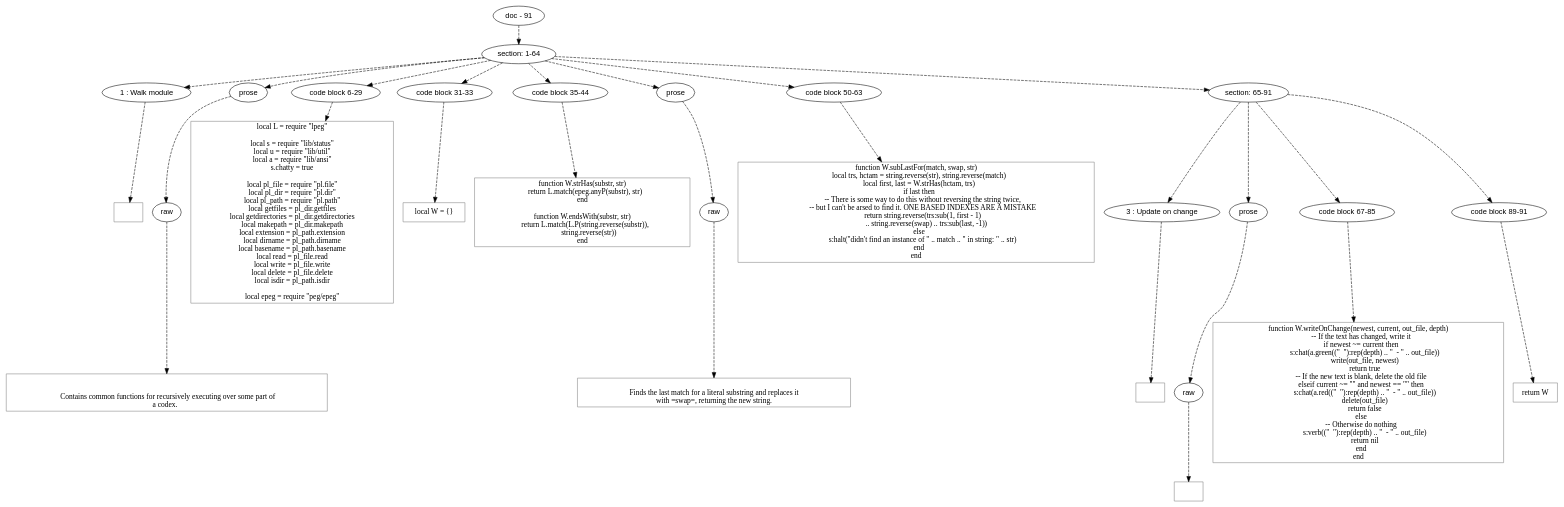
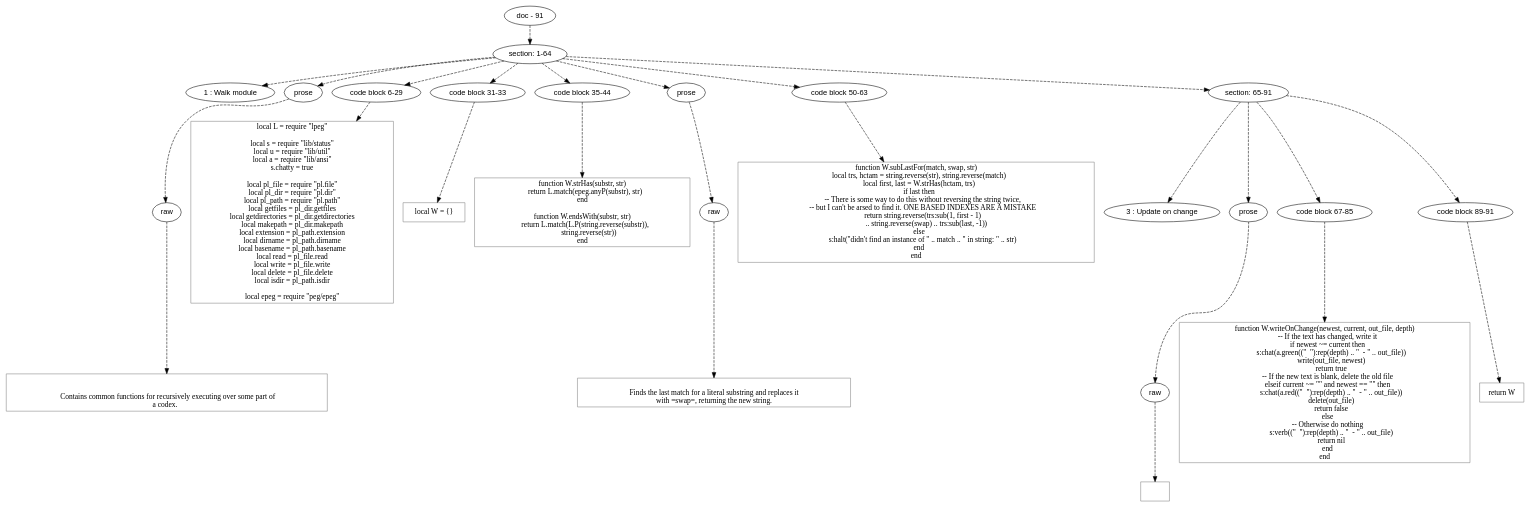
The diagram in doc/dot/walk/walk.dot (mnemnion/orb), drawn with Graphviz before and after one commit. The commit also changed 123 other files, not shown here.

```diff
--- a/doc/dot/walk/walk.dot
+++ b/doc/dot/walk/walk.dot
@@ -1,151 +1,147 @@
 digraph hierarchy {
 
 node [fontname=Helvetica]
 edge [style=dashed]
 
 doc_0 [label="doc - 91"]
 
 
 doc_0 -> { section_1}
 {rank=same; section_1}
 
 section_1 [label="section: 1-64"]
 
 
 section_1 -> { header_2 prose_3 codeblock_4 codeblock_5 codeblock_6 prose_7 codeblock_8 section_9}
 {rank=same; header_2 prose_3 codeblock_4 codeblock_5 codeblock_6 prose_7 codeblock_8 section_9}
 
 header_2 [label="1 : Walk module"]
 
 prose_3 [label="prose"]
 
 codeblock_4 [label="code block 6-29"]
 
 codeblock_5 [label="code block 31-33"]
 
 codeblock_6 [label="code block 35-44"]
 
 prose_7 [label="prose"]
 
 codeblock_8 [label="code block 50-63"]
 
 section_9 [label="section: 65-91"]
 
 
-header_2 -> leaf_10
-leaf_10  [color=Gray,shape=rectangle,fontname=Inconsolata,label=""]
-prose_3 -> { raw_11}
-{rank=same; raw_11}
+prose_3 -> { raw_10}
+{rank=same; raw_10}
 
-raw_11 [label="raw"]
+raw_10 [label="raw"]
 
 
-raw_11 -> leaf_12
-leaf_12  [color=Gray,shape=rectangle,fontname=Inconsolata,label="
+raw_10 -> leaf_11
+leaf_11  [color=Gray,shape=rectangle,fontname=Inconsolata,label="
 
   Contains common functions for recursively executing over some part of
 a codex.  
 "]
-codeblock_4 -> leaf_13
-leaf_13  [color=Gray,shape=rectangle,fontname=Inconsolata,label="local L = require \"lpeg\"
+codeblock_4 -> leaf_12
+leaf_12  [color=Gray,shape=rectangle,fontname=Inconsolata,label="local L = require \"lpeg\"
 
 local s = require \"lib/status\"
 local u = require \"lib/util\"
 local a = require \"lib/ansi\"
 s.chatty = true
 
 local pl_file = require \"pl.file\"
 local pl_dir = require \"pl.dir\"
 local pl_path = require \"pl.path\"
 local getfiles = pl_dir.getfiles
 local getdirectories = pl_dir.getdirectories
 local makepath = pl_dir.makepath
 local extension = pl_path.extension
 local dirname = pl_path.dirname
 local basename = pl_path.basename
 local read = pl_file.read
 local write = pl_file.write
 local delete = pl_file.delete
 local isdir = pl_path.isdir
 
 local epeg = require \"peg/epeg\""]
-codeblock_5 -> leaf_14
-leaf_14  [color=Gray,shape=rectangle,fontname=Inconsolata,label="local W = {}"]
-codeblock_6 -> leaf_15
-leaf_15  [color=Gray,shape=rectangle,fontname=Inconsolata,label="function W.strHas(substr, str)
+codeblock_5 -> leaf_13
+leaf_13  [color=Gray,shape=rectangle,fontname=Inconsolata,label="local W = {}"]
+codeblock_6 -> leaf_14
+leaf_14  [color=Gray,shape=rectangle,fontname=Inconsolata,label="function W.strHas(substr, str)
     return L.match(epeg.anyP(substr), str)
 end
 
 function W.endsWith(substr, str)
     return L.match(L.P(string.reverse(substr)),
         string.reverse(str))
 end"]
-prose_7 -> { raw_16}
-{rank=same; raw_16}
+prose_7 -> { raw_15}
+{rank=same; raw_15}
 
-raw_16 [label="raw"]
+raw_15 [label="raw"]
 
 
-raw_16 -> leaf_17
-leaf_17  [color=Gray,shape=rectangle,fontname=Inconsolata,label="
+raw_15 -> leaf_16
+leaf_16  [color=Gray,shape=rectangle,fontname=Inconsolata,label="
 Finds the last match for a literal substring and replaces it
 with =swap=, returning the new string.
 "]
-codeblock_8 -> leaf_18
-leaf_18  [color=Gray,shape=rectangle,fontname=Inconsolata,label="function W.subLastFor(match, swap, str)
+codeblock_8 -> leaf_17
+leaf_17  [color=Gray,shape=rectangle,fontname=Inconsolata,label="function W.subLastFor(match, swap, str)
     local trs, hctam = string.reverse(str), string.reverse(match)
     local first, last = W.strHas(hctam, trs)
     if last then
         -- There is some way to do this without reversing the string twice,
         -- but I can't be arsed to find it. ONE BASED INDEXES ARE A MISTAKE
         return string.reverse(trs:sub(1, first - 1) 
             .. string.reverse(swap) .. trs:sub(last, -1))
     else
         s:halt(\"didn't find an instance of \" .. match .. \" in string: \" .. str)
     end 
 end"]
-section_9 -> { header_19 prose_20 codeblock_21 codeblock_22}
-{rank=same; header_19 prose_20 codeblock_21 codeblock_22}
+section_9 -> { header_18 prose_19 codeblock_20 codeblock_21}
+{rank=same; header_18 prose_19 codeblock_20 codeblock_21}
 
-header_19 [label="3 : Update on change"]
+header_18 [label="3 : Update on change"]
 
-prose_20 [label="prose"]
+prose_19 [label="prose"]
 
-codeblock_21 [label="code block 67-85"]
+codeblock_20 [label="code block 67-85"]
 
-codeblock_22 [label="code block 89-91"]
+codeblock_21 [label="code block 89-91"]
 
 
-header_19 -> leaf_23
-leaf_23  [color=Gray,shape=rectangle,fontname=Inconsolata,label=""]
-prose_20 -> { raw_24}
-{rank=same; raw_24}
+prose_19 -> { raw_22}
+{rank=same; raw_22}
 
-raw_24 [label="raw"]
+raw_22 [label="raw"]
 
 
-raw_24 -> leaf_25
-leaf_25  [color=Gray,shape=rectangle,fontname=Inconsolata,label="
+raw_22 -> leaf_23
+leaf_23  [color=Gray,shape=rectangle,fontname=Inconsolata,label="
 "]
-codeblock_21 -> leaf_26
-leaf_26  [color=Gray,shape=rectangle,fontname=Inconsolata,label="function W.writeOnChange(newest, current, out_file, depth)
+codeblock_20 -> leaf_24
+leaf_24  [color=Gray,shape=rectangle,fontname=Inconsolata,label="function W.writeOnChange(newest, current, out_file, depth)
     -- If the text has changed, write it
     if newest ~= current then
         s:chat(a.green((\"  \"):rep(depth) .. \"  - \" .. out_file))
         write(out_file, newest)
         return true
     -- If the new text is blank, delete the old file
     elseif current ~= \"\" and newest == \"\" then
         s:chat(a.red((\"  \"):rep(depth) .. \"  - \" .. out_file))
         delete(out_file)
         return false
     else
     -- Otherwise do nothing
         s:verb((\"  \"):rep(depth) .. \"  - \" .. out_file)
         return nil
     end
 end"]
-codeblock_22 -> leaf_27
-leaf_27  [color=Gray,shape=rectangle,fontname=Inconsolata,label="return W"]
+codeblock_21 -> leaf_25
+leaf_25  [color=Gray,shape=rectangle,fontname=Inconsolata,label="return W"]
 
 }
```
